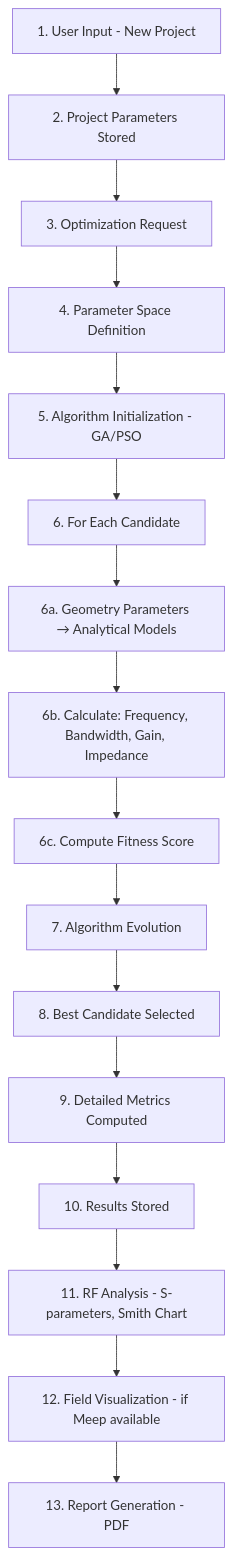
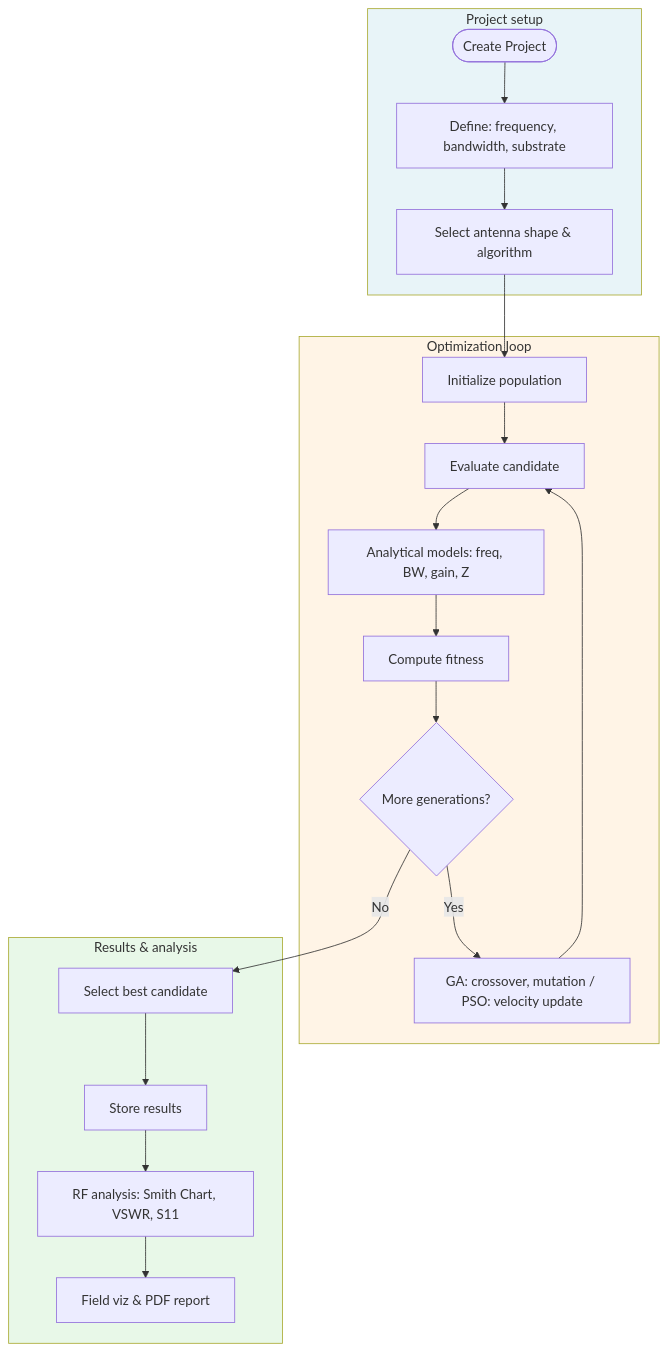
The diagram in README.md (Prateeeek7/ANTEX), drawn with Mermaid before and after one commit.

````diff
--- a/README.md
+++ b/README.md
@@ -18,18 +16,34 @@
 ```mermaid
-flowchart TD
-    A[1. User Input - New Project] --> B[2. Project Parameters Stored]
-    B --> C[3. Optimization Request]
-    C --> D[4. Parameter Space Definition]
-    D --> E[5. Algorithm Initialization - GA/PSO]
-    E --> F[6. For Each Candidate]
-    F --> G[6a. Geometry Parameters → Analytical Models]
-    G --> H[6b. Calculate: Frequency, Bandwidth, Gain, Impedance]
-    H --> I[6c. Compute Fitness Score]
-    I --> J[7. Algorithm Evolution]
-    J --> K[8. Best Candidate Selected]
-    K --> L[9. Detailed Metrics Computed]
-    L --> M[10. Results Stored]
-    M --> N[11. RF Analysis - S-parameters, Smith Chart]
-    N --> O[12. Field Visualization - if Meep available]
-    O --> P[13. Report Generation - PDF]
+flowchart TB
+    subgraph Setup["Project setup"]
+        A([Create Project])
+        B[Define: frequency, bandwidth, substrate]
+        C[Select antenna shape & algorithm]
+        A --> B --> C
+    end
+
+    subgraph Optimize["Optimization loop"]
+        D[Initialize population]
+        E[Evaluate candidate]
+        F[Analytical models: freq, BW, gain, Z]
+        G[Compute fitness]
+        H{More generations?}
+        I[GA: crossover, mutation / PSO: velocity update]
+        D --> E --> F --> G --> H
+        H -->|Yes| I --> E
+    end
+
+    subgraph Results["Results & analysis"]
+        J[Select best candidate]
+        K[Store results]
+        L[RF analysis: Smith Chart, VSWR, S11]
+        M[Field viz & PDF report]
+        H -->|No| J --> K --> L --> M
+    end
+
+    C --> D
+
+    style Setup fill:#e8f4f8
+    style Optimize fill:#fff4e6
+    style Results fill:#e8f8e8
 ```
````
